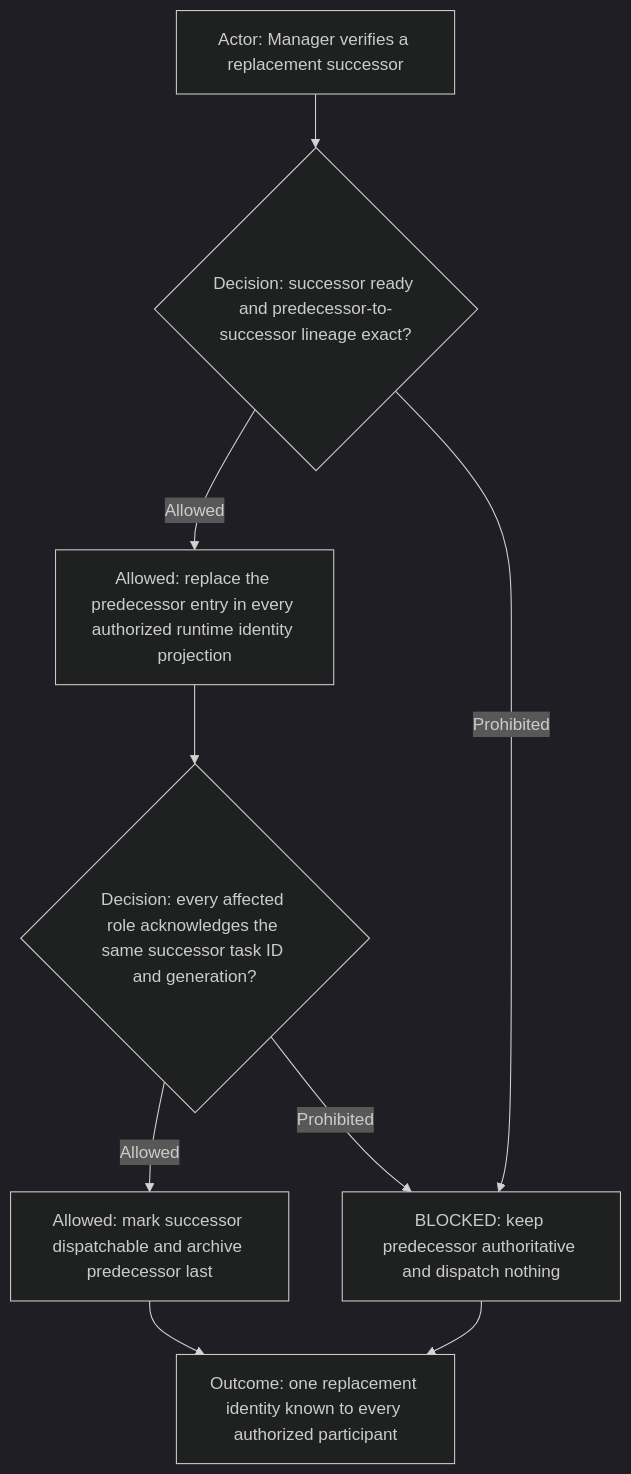
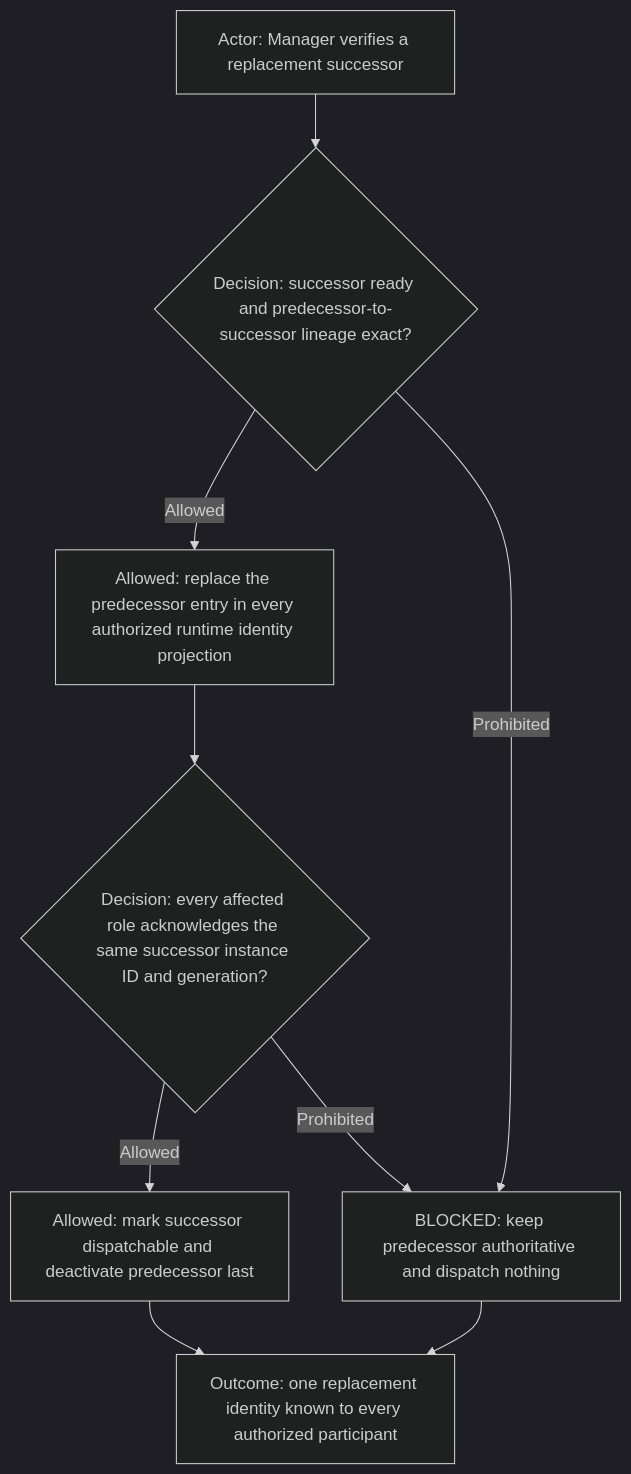
One commit to starodubtsevconsulting/ai-fleas changed diagram 22 of 24 in ai-workflows/_common/roles/manager.md. Above: the diagram before and after it, drawn with Mermaid (dark theme). The commit also changed other lines of this file and 15 other files, not shown here.

````diff
--- a/ai-workflows/_common/roles/manager.md
+++ b/ai-workflows/_common/roles/manager.md
@@ -679,11 +679,11 @@
 ```mermaid
 flowchart TD
   Actor["Actor: Manager verifies a replacement successor"] --> Decision{"Decision: successor ready and predecessor-to-successor lineage exact?"}
   Decision -->|Allowed| Project["Allowed: replace the predecessor entry in every authorized runtime identity projection"]
   Decision -->|Prohibited| Blocked["BLOCKED: keep predecessor authoritative and dispatch nothing"]
-  Project --> Ack{"Decision: every affected role acknowledges the same successor task ID and generation?"}
-  Ack -->|Allowed| Retire["Allowed: mark successor dispatchable and archive predecessor last"]
+  Project --> Ack{"Decision: every affected role acknowledges the same successor instance ID and generation?"}
+  Ack -->|Allowed| Retire["Allowed: mark successor dispatchable and deactivate predecessor last"]
   Ack -->|Prohibited| Blocked
   Retire --> Outcome["Outcome: one replacement identity known to every authorized participant"]
   Blocked --> Outcome
 ```
````
